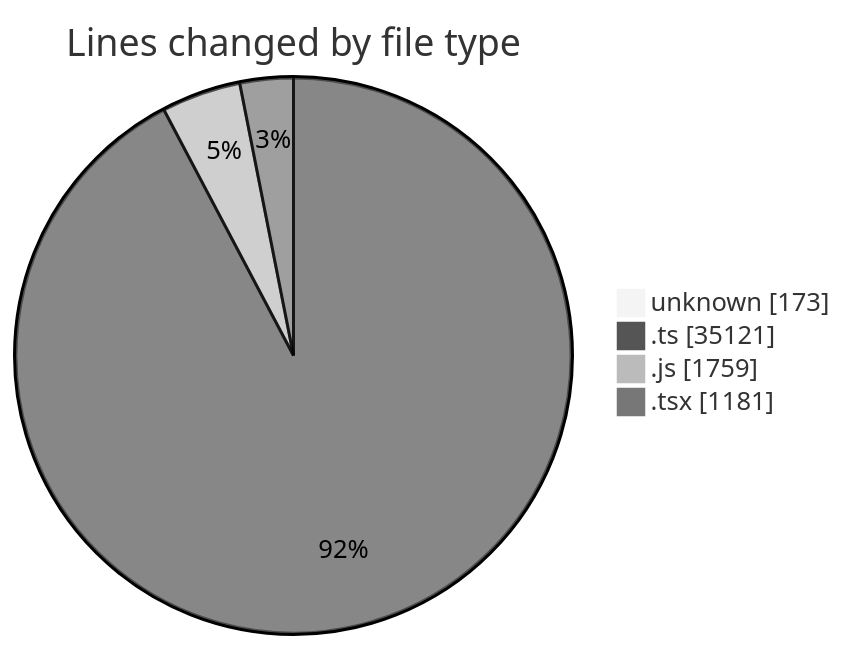
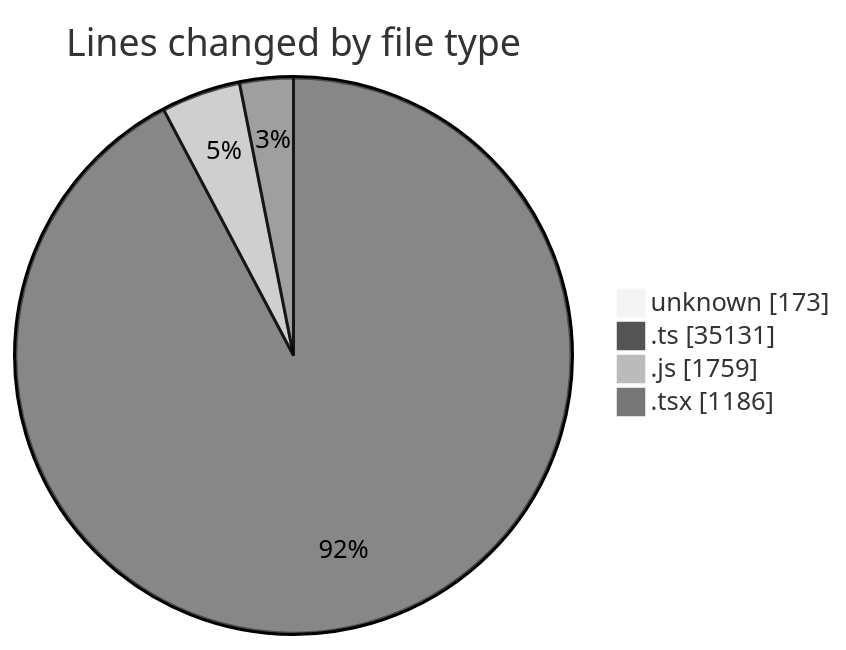
Before and after one commit to momahboobian/code-tracking: the first of 2 diagrams in 2026-08-24/cda/README.md, drawn with Mermaid (neutral theme). The commit also changed other lines of this file and 1 other file, not shown here.

````diff
--- a/2026-08-24/cda/README.md
+++ b/2026-08-24/cda/README.md
@@ -42,8 +42,8 @@
 ```mermaid
 pie showData
 title Lines changed by file type
 "unknown" : 173
-".ts" : 35121
+".ts" : 35131
 ".js" : 1759
-".tsx" : 1181
+".tsx" : 1186
 ```
````
